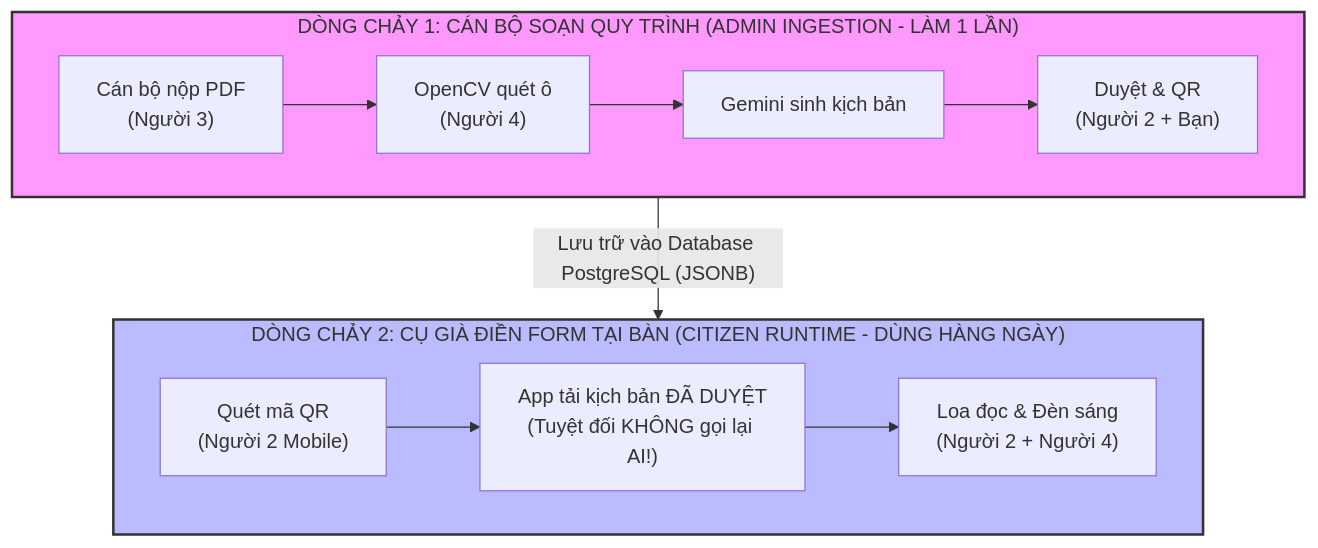
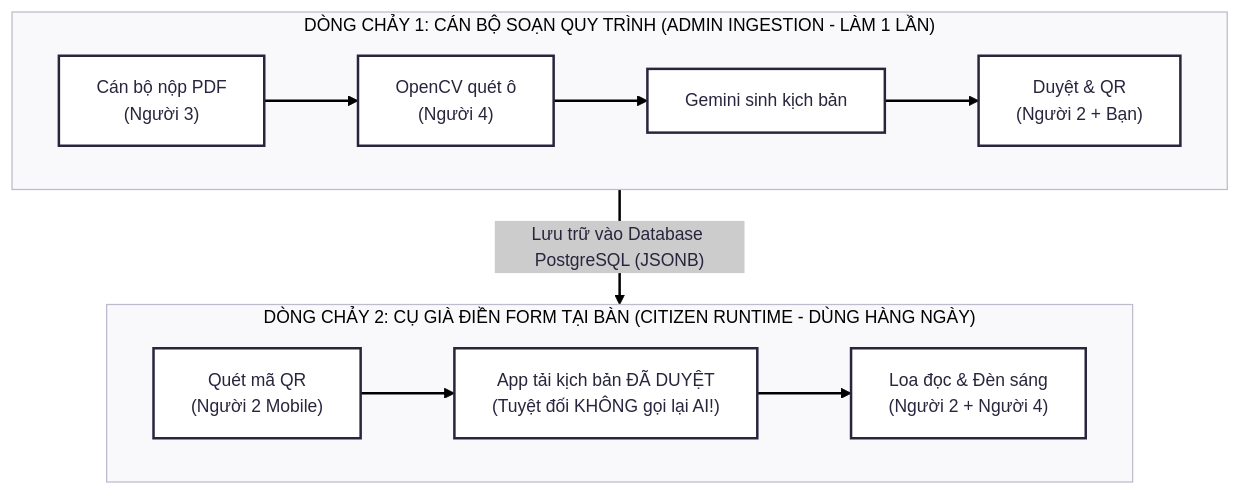
The first of 2 diagrams in docs/WORKFLOW-PIPELINE.md (n22tk05/AFL-Platform), drawn with Mermaid before and after one commit. The commit also changed other lines of this file, not shown here.

First line of the commit message:
Enhance workflow documentation with diagrams

````diff
--- a/docs/WORKFLOW-PIPELINE.md
+++ b/docs/WORKFLOW-PIPELINE.md
@@ -30,20 +30,23 @@
 ```mermaid
+---
+config:
+  theme: redux
+  look: classic
+  fontFamily: '''Open Sans Variable'', sans-serif'
+---
 flowchart TD
     subgraph DONG_CHAY_1 ["DÒNG CHẢY 1: CÁN BỘ SOẠN QUY TRÌNH (ADMIN INGESTION - LÀM 1 LẦN)"]
         direction LR
         P1["Cán bộ nộp PDF<br>(Người 3)"] --> P2["OpenCV quét ô<br>(Người 4)"]
         P2 --> P3["Gemini sinh kịch bản"]
         P3 --> P4["Duyệt & QR<br>(Người 2 + Bạn)"]
     end
 
     DONG_CHAY_1 -->|"Lưu trữ vào Database PostgreSQL (JSONB)"| DONG_CHAY_2
 
     subgraph DONG_CHAY_2 ["DÒNG CHẢY 2: CỤ GIÀ ĐIỀN FORM TẠI BÀN (CITIZEN RUNTIME - DÙNG HÀNG NGÀY)"]
         direction LR
         C1["Quét mã QR<br>(Người 2 Mobile)"] --> C2["App tải kịch bản ĐÃ DUYỆT<br>(Tuyệt đối KHÔNG gọi lại AI!)"]
         C2 --> C3["Loa đọc & Đèn sáng<br>(Người 2 + Người 4)"]
     end
-
-    style DONG_CHAY_1 fill:#f9f,stroke:#333,stroke-width:2px
-    style DONG_CHAY_2 fill:#bbf,stroke:#333,stroke-width:2px
 ```
````
